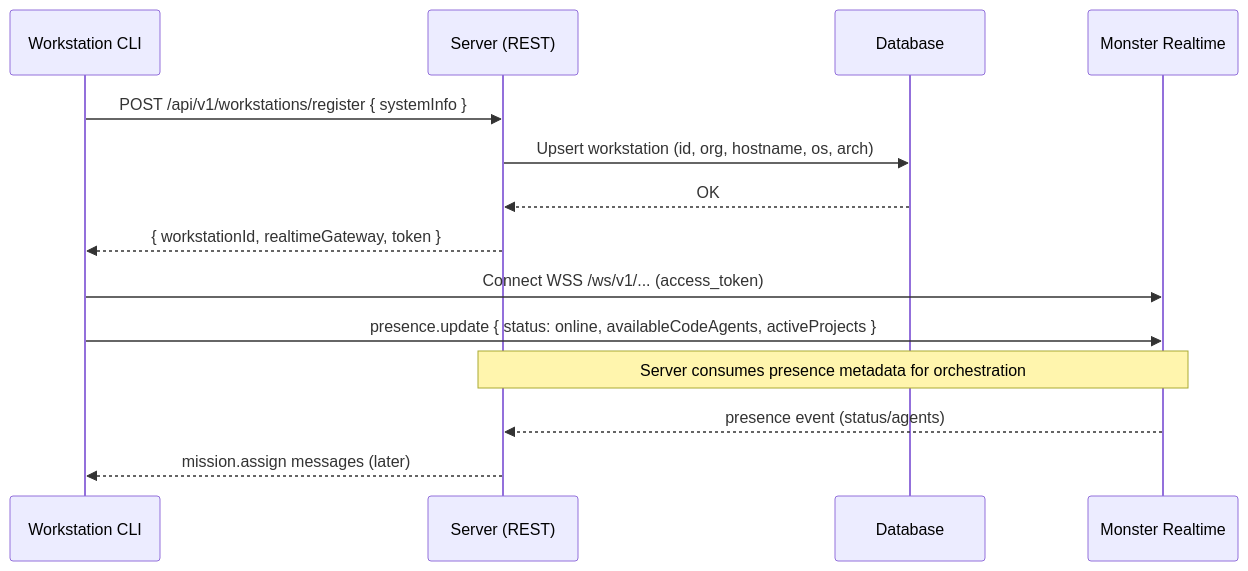
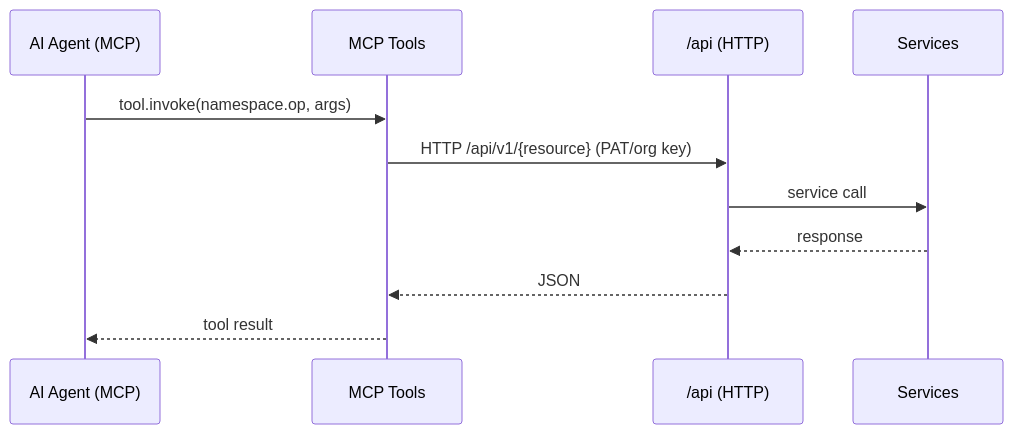
One commit to ivawzh/v0-bun-hono-tanstack-router changed the third of 5 diagrams in docs/architecture.md. Above: the diagram before and after it, drawn with Mermaid. The commit also changed other lines of this file and 26 other files, not shown here.

````diff
--- a/docs/architecture.md
+++ b/docs/architecture.md
@@ -324,18 +135,13 @@
 ```mermaid
 sequenceDiagram
-    participant CLI as Workstation CLI
-    participant S as Server (REST)
-    participant DB as Database
-    participant RT as Monster Realtime
-
-    CLI->>S: POST /api/v1/workstations/register { systemInfo }
-    S->>DB: Upsert workstation (id, org, hostname, os, arch)
-    DB-->>S: OK
-    S-->>CLI: { workstationId, realtimeGateway, token }
-
-    CLI->>RT: Connect WSS /ws/v1/... (access_token)
-    CLI->>RT: presence.update { status: online, availableCodeAgents, activeProjects }
-    Note over S,RT: Server consumes presence metadata for orchestration
-    RT-->>S: presence event (status/agents)
-    S-->>CLI: mission.assign messages (later)
+participant Agent as AI Agent (MCP)
+participant MCP as MCP Tools
+participant API as /api (HTTP)
+participant S as Services
+  Agent->>MCP: tool.invoke(namespace.op, args)
+  MCP->>API: HTTP /api/v1/{resource} (PAT/org key)
+  API->>S: service call
+  S-->>API: response
+  API-->>MCP: JSON
+  MCP-->>Agent: tool result
 ```
````
